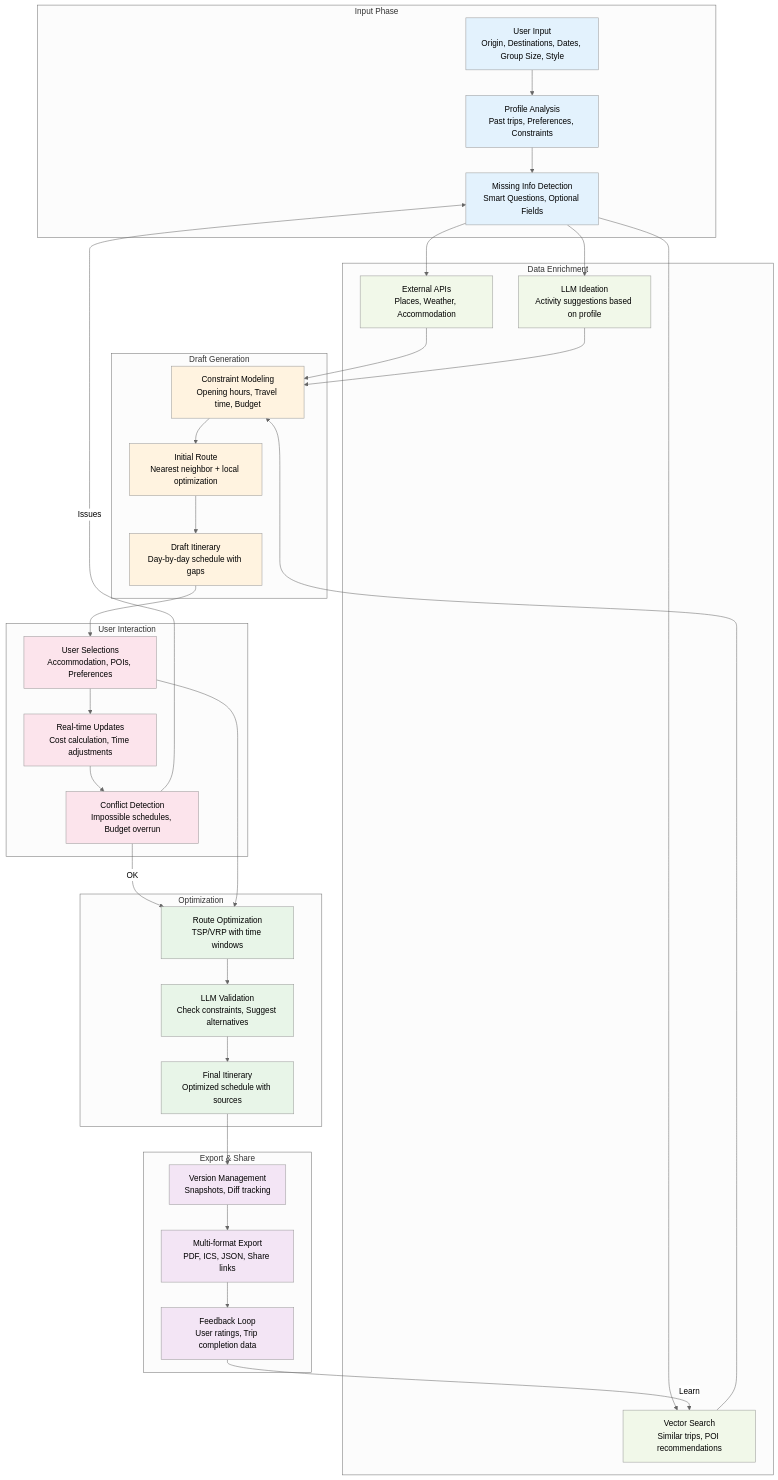
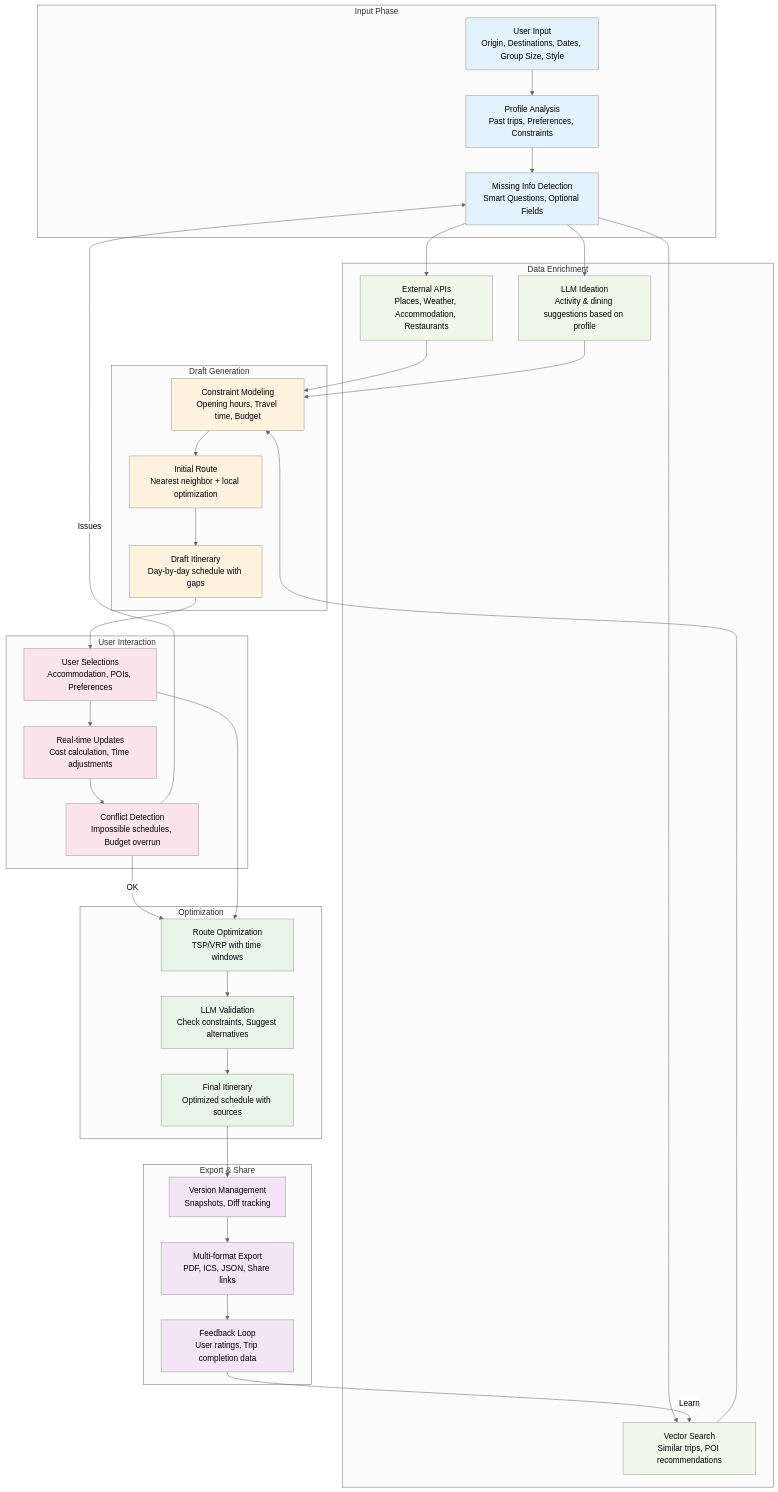
Before and after one commit to vietlinhh02/diagramtravels: the first of 9 diagrams in 02_luong_du_lieu_chi_tiet.md, drawn with Mermaid (neutral theme). The commit also changed other lines of this file and 5 other files, not shown here.

````diff
--- a/02_luong_du_lieu_chi_tiet.md
+++ b/02_luong_du_lieu_chi_tiet.md
@@ -5,70 +5,70 @@
 ```mermaid
 flowchart TD
     subgraph "Input Phase"
         A[User Input<br/>Origin, Destinations, Dates, Group Size, Style]
         B[Profile Analysis<br/>Past trips, Preferences, Constraints]
         C[Missing Info Detection<br/>Smart Questions, Optional Fields]
     end
 
     subgraph "Data Enrichment"
-        D[External APIs<br/>Places, Weather, Accommodation]
+        D[External APIs<br/>Places, Weather, Accommodation, Restaurants]
         E[Vector Search<br/>Similar trips, POI recommendations]
-        F[LLM Ideation<br/>Activity suggestions based on profile]
+        F[LLM Ideation<br/>Activity & dining suggestions based on profile]
     end
 
     subgraph "Draft Generation"
         G[Constraint Modeling<br/>Opening hours, Travel time, Budget]
         H[Initial Route<br/>Nearest neighbor + local optimization]
         I[Draft Itinerary<br/>Day-by-day schedule with gaps]
     end
 
     subgraph "User Interaction"
         J[User Selections<br/>Accommodation, POIs, Preferences]
         K[Real-time Updates<br/>Cost calculation, Time adjustments]
         L[Conflict Detection<br/>Impossible schedules, Budget overrun]
     end
 
     subgraph "Optimization"
         M[Route Optimization<br/>TSP/VRP with time windows]
         N[LLM Validation<br/>Check constraints, Suggest alternatives]
         O[Final Itinerary<br/>Optimized schedule with sources]
     end
 
     subgraph "Export & Share"
         P[Version Management<br/>Snapshots, Diff tracking]
         Q[Multi-format Export<br/>PDF, ICS, JSON, Share links]
         R[Feedback Loop<br/>User ratings, Trip completion data]
     end
 
     A --> B --> C
     C --> D
     C --> E
     C --> F
     D --> G
     E --> G
     F --> G
     G --> H --> I
     I --> J --> K --> L
     L -->|Issues| C
     L -->|OK| M
     J --> M
     M --> N --> O
     O --> P --> Q
     Q --> R
     R -->|Learn| E
 
     %% Styling
     classDef input fill:#e3f2fd
     classDef enrich fill:#f1f8e9
     classDef draft fill:#fff3e0
     classDef interact fill:#fce4ec
     classDef optimize fill:#e8f5e8
     classDef export fill:#f3e5f5
 
     class A,B,C input
     class D,E,F enrich
     class G,H,I draft
     class J,K,L interact
     class M,N,O optimize
     class P,Q,R export
 ```
````
